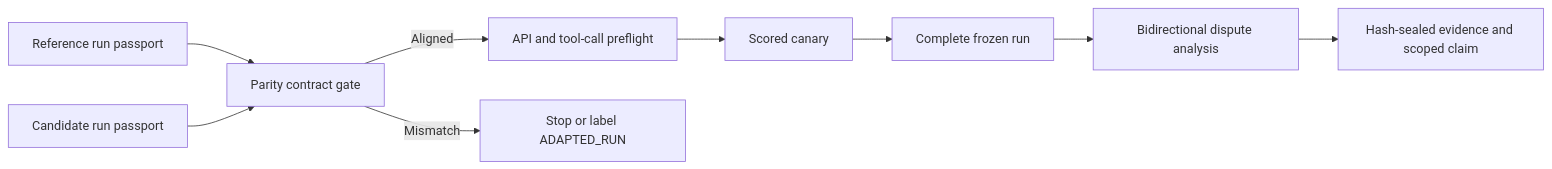
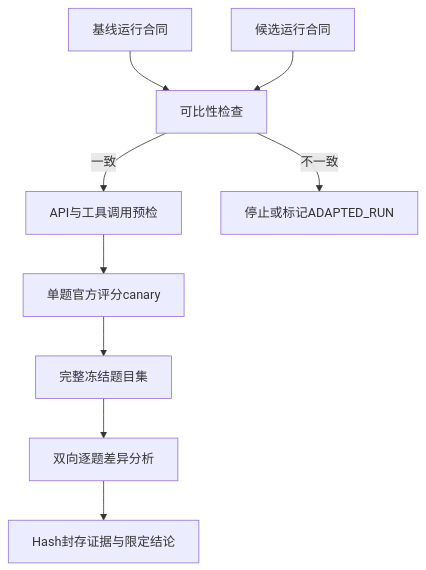
One commit to david-xinyuwei/david-share changed the second of 4 diagrams in Deep-Learning/OSS-Model-SWE-bench-Evaluation-Playbook/README-CN.md. Above: the diagram before and after it, drawn with Mermaid. The commit also changed other lines of this file and 17 other files, not shown here.

````diff
--- a/Deep-Learning/OSS-Model-SWE-bench-Evaluation-Playbook/README-CN.md
+++ b/Deep-Learning/OSS-Model-SWE-bench-Evaluation-Playbook/README-CN.md
@@ -150,11 +170,11 @@
 ```mermaid
-flowchart LR
-    R[Reference run passport] --> P[Parity contract gate]
-    C[Candidate run passport] --> P
-    P -->|Aligned| A[API and tool-call preflight]
-    P -->|Mismatch| X[Stop or label ADAPTED_RUN]
-    A --> S[Scored canary]
-    S --> F[Complete frozen run]
-    F --> D[Bidirectional dispute analysis]
-    D --> E[Hash-sealed evidence and scoped claim]
+flowchart TB
+  R[基线运行合同] --> P[可比性检查]
+  C[候选运行合同] --> P
+  P -->|一致| A[API与工具调用预检]
+  P -->|不一致| X[停止或标记ADAPTED_RUN]
+  A --> S[单题官方评分canary]
+  S --> F[完整冻结题目集]
+  F --> D[双向逐题差异分析]
+  D --> E[Hash封存证据与限定结论]
 ```
````
